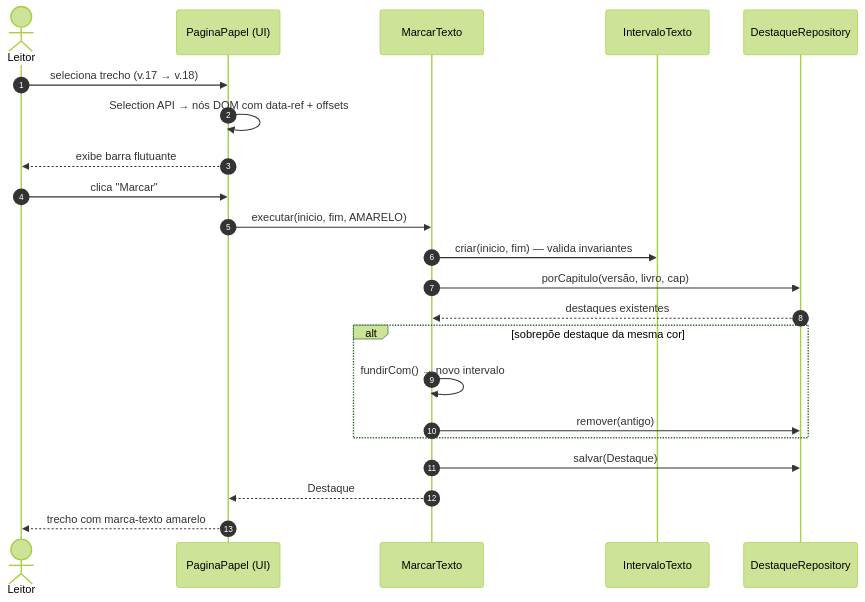
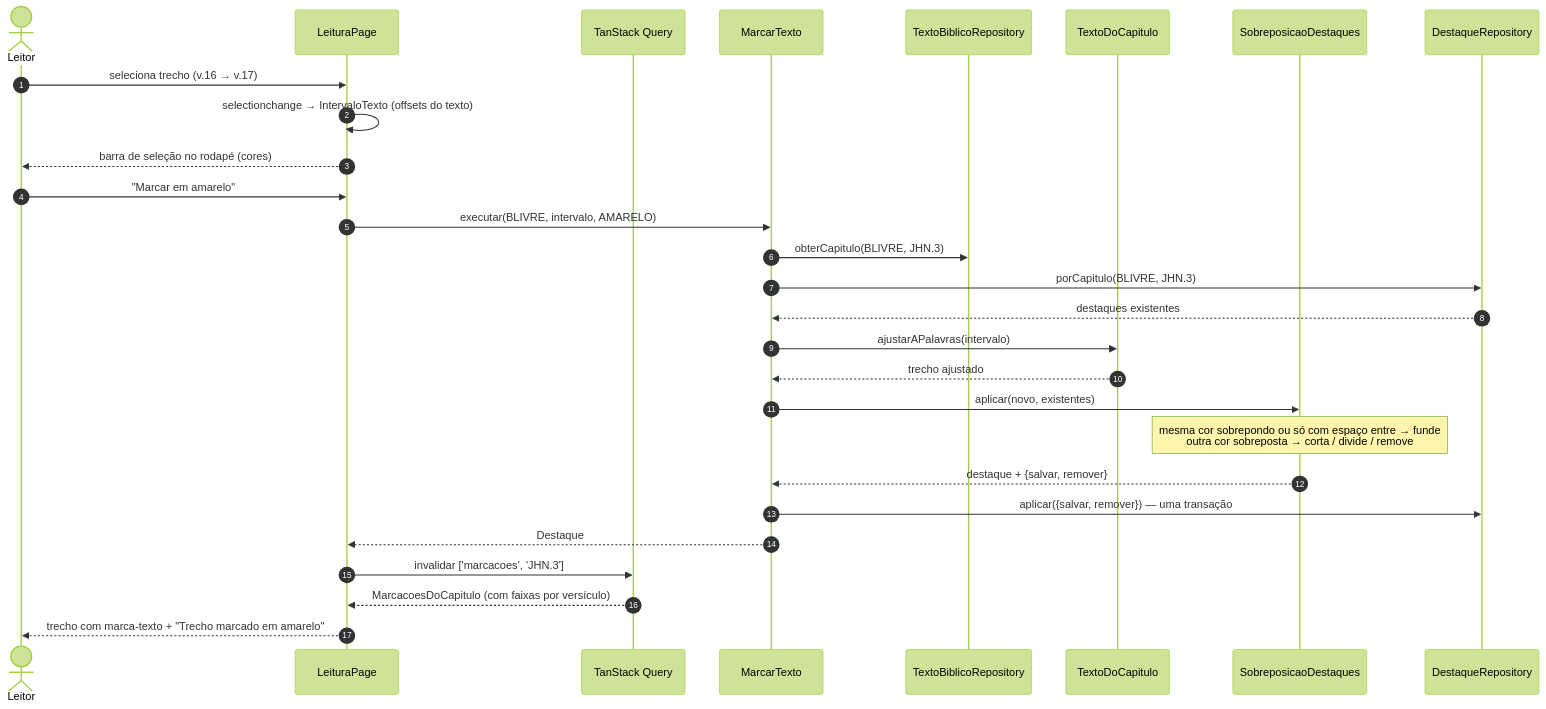
One commit to edioilha/biblia-app changed the fifth of 7 diagrams in docs/06-arquitetura.md. Above: the diagram before and after it, drawn with Mermaid (forest theme). The commit also changed other lines of this file and 5 other files, not shown here.

First line of the commit message:
docs: documenta a fase 7.3 (marca-texto)

````diff
--- a/docs/06-arquitetura.md
+++ b/docs/06-arquitetura.md
@@ -193,25 +195,31 @@
 ```mermaid
 sequenceDiagram
     autonumber
     actor L as Leitor
-    participant C as PaginaPapel (UI)
+    participant P as LeituraPage
+    participant Q as TanStack Query
     participant UC as MarcarTexto
-    participant IT as IntervaloTexto
+    participant T as TextoBiblicoRepository
+    participant TC as TextoDoCapitulo
+    participant S as SobreposicaoDestaques
     participant D as DestaqueRepository
 
-    L->>C: seleciona trecho (v.17 → v.18)
-    C->>C: Selection API → nós DOM com data-ref + offsets
-    C-->>L: exibe barra flutuante
-    L->>C: clica "Marcar"
-    C->>UC: executar(inicio, fim, AMARELO)
-    UC->>IT: criar(inicio, fim) — valida invariantes
-    UC->>D: porCapitulo(versão, livro, cap)
+    L->>P: seleciona trecho (v.16 → v.17)
+    P->>P: selectionchange → IntervaloTexto (offsets do texto)
+    P-->>L: barra de seleção no rodapé (cores)
+    L->>P: "Marcar em amarelo"
+    P->>UC: executar(BLIVRE, intervalo, AMARELO)
+    UC->>T: obterCapitulo(BLIVRE, JHN.3)
+    UC->>D: porCapitulo(BLIVRE, JHN.3)
     D-->>UC: destaques existentes
-    alt sobrepõe destaque da mesma cor
-        UC->>UC: fundirCom() → novo intervalo
-        UC->>D: remover(antigo)
-    end
-    UC->>D: salvar(Destaque)
-    UC-->>C: Destaque
-    C-->>L: trecho com marca-texto amarelo
+    UC->>TC: ajustarAPalavras(intervalo)
+    TC-->>UC: trecho ajustado
+    UC->>S: aplicar(novo, existentes)
+    Note over S: mesma cor sobrepondo ou só com espaço entre → funde<br/>outra cor sobreposta → corta / divide / remove
+    S-->>UC: destaque + {salvar, remover}
+    UC->>D: aplicar({salvar, remover}) — uma transação
+    UC-->>P: Destaque
+    P->>Q: invalidar ['marcacoes', 'JHN.3']
+    Q-->>P: MarcacoesDoCapitulo (com faixas por versículo)
+    P-->>L: trecho com marca-texto + "Trecho marcado em amarelo"
 ```
````
